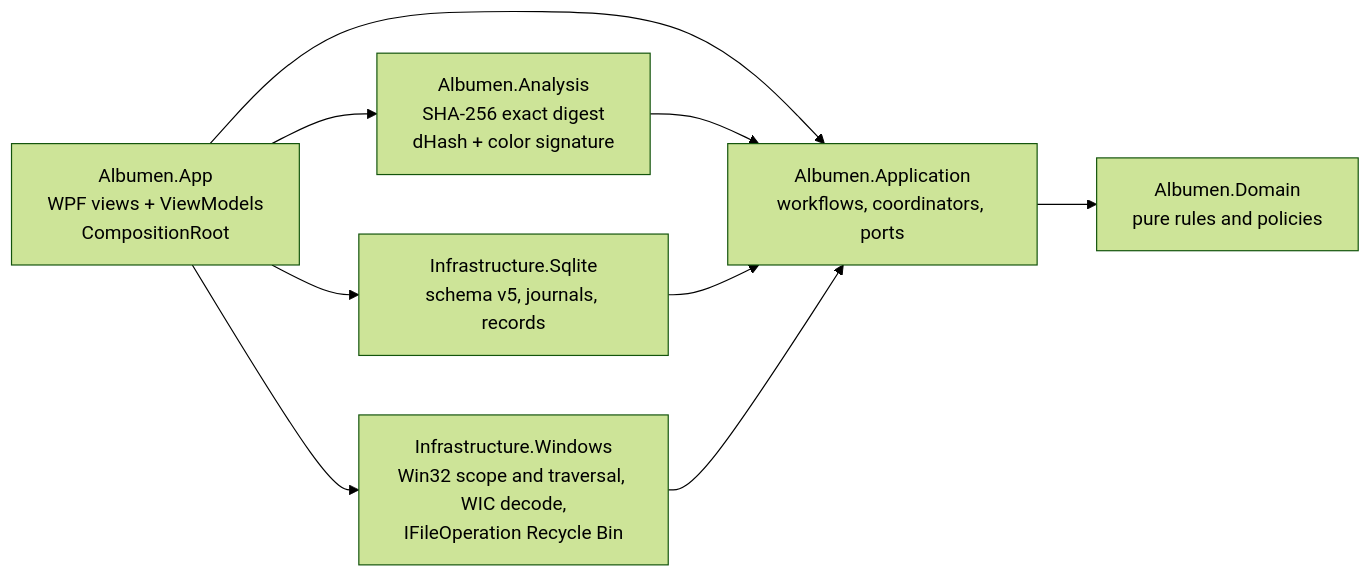
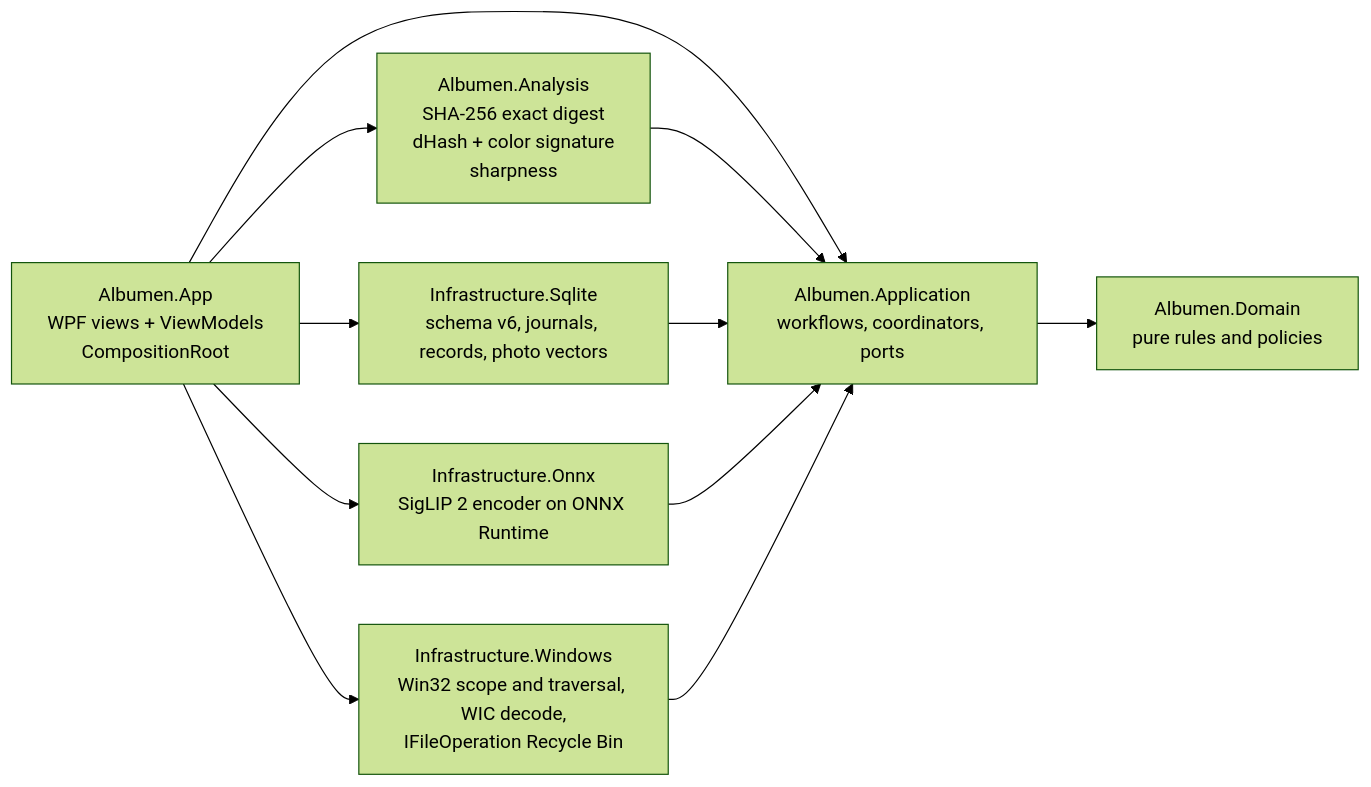
Before and after one commit to IgalFridman-dev/Albumen: the diagram in README.md, drawn with Mermaid (forest theme). The commit also changed other lines of this file and 1 other file, not shown here.

````diff
--- a/README.md
+++ b/README.md
@@ -59,11 +64,13 @@
 ```mermaid
 flowchart LR
   App["Albumen.App<br/>WPF views + ViewModels<br/>CompositionRoot"] --> Application
   App --> Analysis
   App --> Sqlite
   App --> Windows
-  Analysis["Albumen.Analysis<br/>SHA-256 exact digest<br/>dHash + color signature"] --> Application
-  Sqlite["Infrastructure.Sqlite<br/>schema v5, journals, records"] --> Application
+  App --> Onnx
+  Analysis["Albumen.Analysis<br/>SHA-256 exact digest<br/>dHash + color signature<br/>sharpness"] --> Application
+  Sqlite["Infrastructure.Sqlite<br/>schema v6, journals, records, photo vectors"] --> Application
+  Onnx["Infrastructure.Onnx<br/>SigLIP 2 encoder on ONNX Runtime"] --> Application
   Windows["Infrastructure.Windows<br/>Win32 scope and traversal, WIC decode,<br/>IFileOperation Recycle Bin"] --> Application
   Application["Albumen.Application<br/>workflows, coordinators, ports"] --> Domain["Albumen.Domain<br/>pure rules and policies"]
 ```
````
